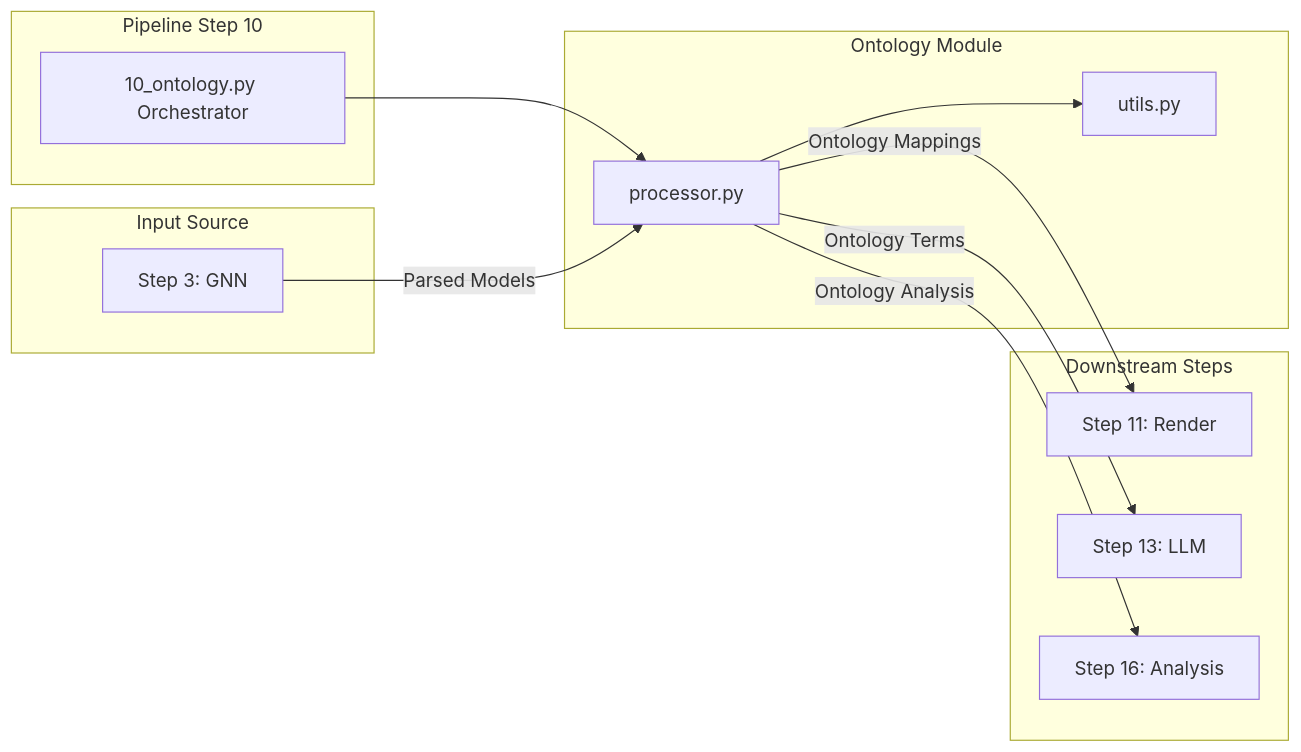
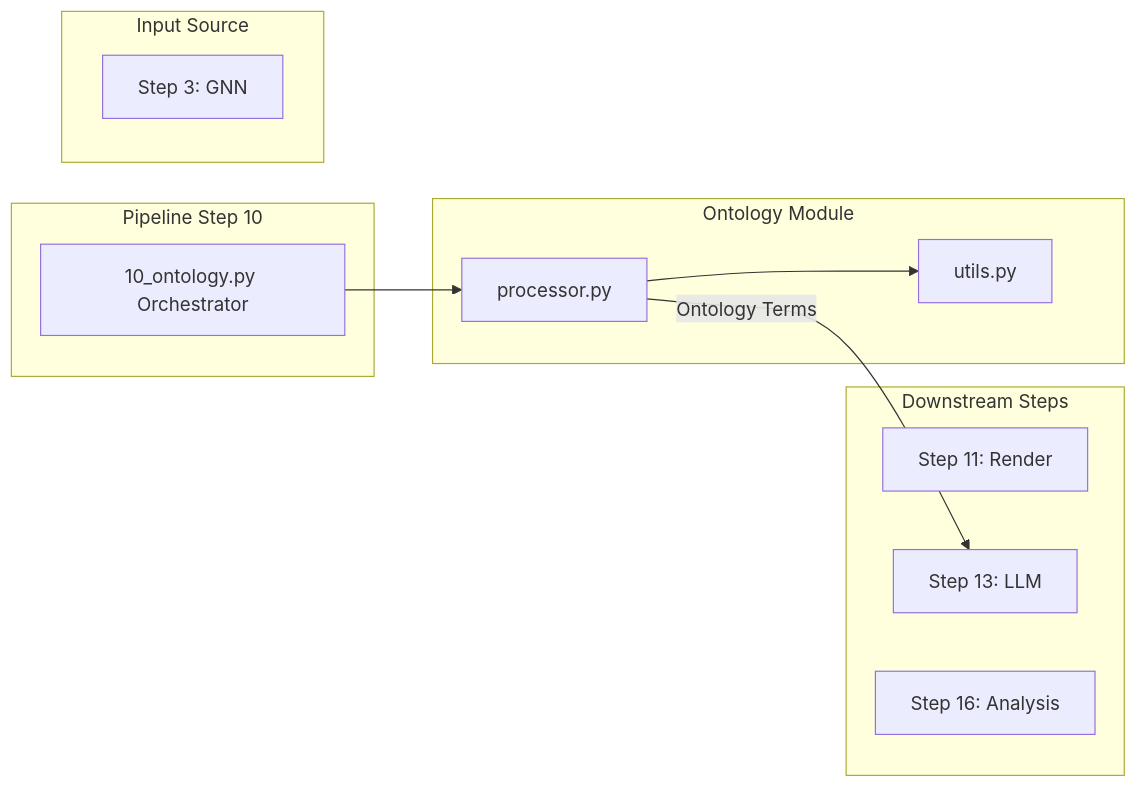
One commit to ActiveInferenceInstitute/GeneralizedNotationNotation changed the diagram in src/gnn/ontology/README.md. Above: the diagram before and after it, drawn with Mermaid. The commit also changed 29 other files, not shown here.

First line of the commit message:
docs: correct pipeline data-dependency graphs to runtime artifact flow

````diff
--- a/src/gnn/ontology/README.md
+++ b/src/gnn/ontology/README.md
@@ -23,30 +23,27 @@
 ```mermaid
 flowchart LR
     subgraph "Pipeline Step 10"
         Step10[10_ontology.py Orchestrator]
     end
 
     subgraph "Ontology Module"
         Processor[processor.py]
         Utils[utils.py]
     end
 
     subgraph "Input Source"
         Step3[Step 3: GNN]
     end
 
     subgraph "Downstream Steps"
         Step11[Step 11: Render]
         Step13[Step 13: LLM]
         Step16[Step 16: Analysis]
     end
 
     Step10 --> Processor
     Processor --> Utils
 
-    Step3 -->|Parsed Models| Processor
 
-    Processor -->|Ontology Mappings| Step11
     Processor -->|Ontology Terms| Step13
-    Processor -->|Ontology Analysis| Step16
 ```
````
